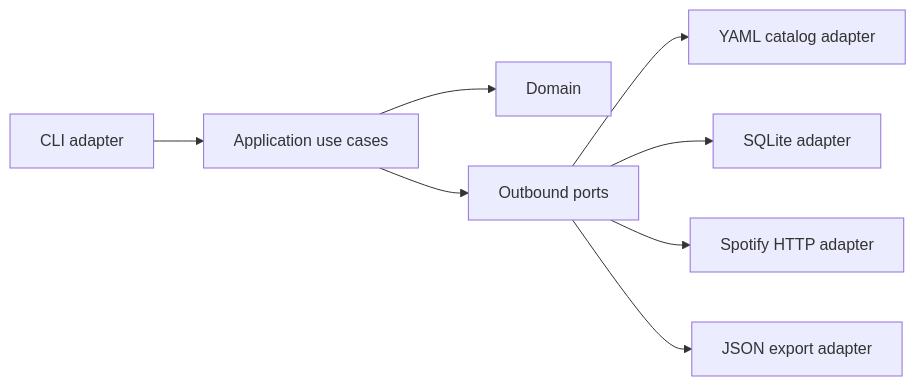
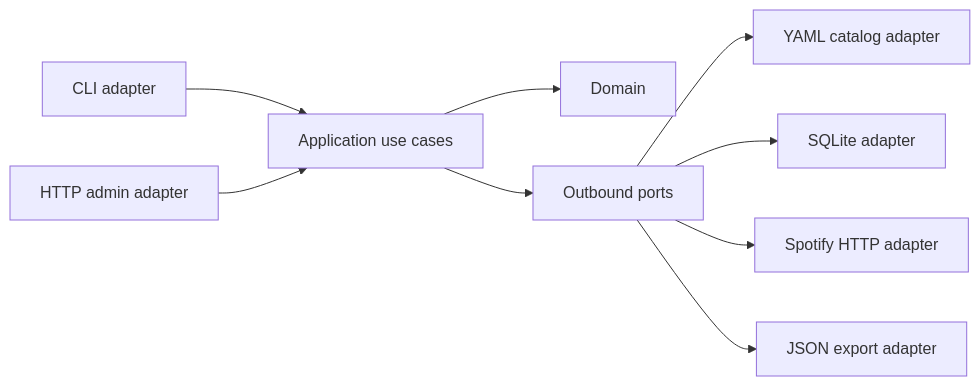
One commit to javiyt/spotwufamily changed the diagram in docs/architecture.md. Above: the diagram before and after it, drawn with Mermaid. The commit also changed other lines of this file and 33 other files, not shown here.

````diff
--- a/docs/architecture.md
+++ b/docs/architecture.md
@@ -5,10 +5,11 @@
 ```mermaid
 flowchart LR
   CLI[CLI adapter] --> App[Application use cases]
+  Admin[HTTP admin adapter] --> App
   App --> Domain[Domain]
   App --> Ports[Outbound ports]
   Ports --> YAML[YAML catalog adapter]
   Ports --> SQLite[SQLite adapter]
   Ports --> Spotify[Spotify HTTP adapter]
   Ports --> Export[JSON export adapter]
 ```
````
